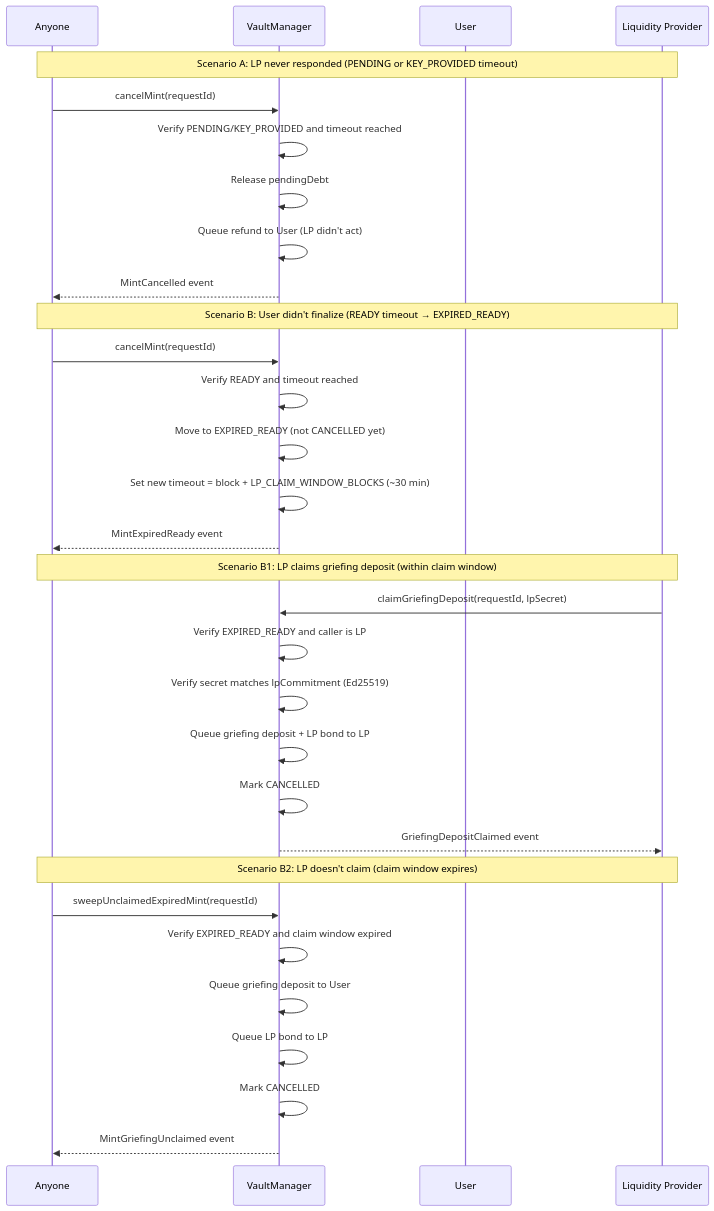
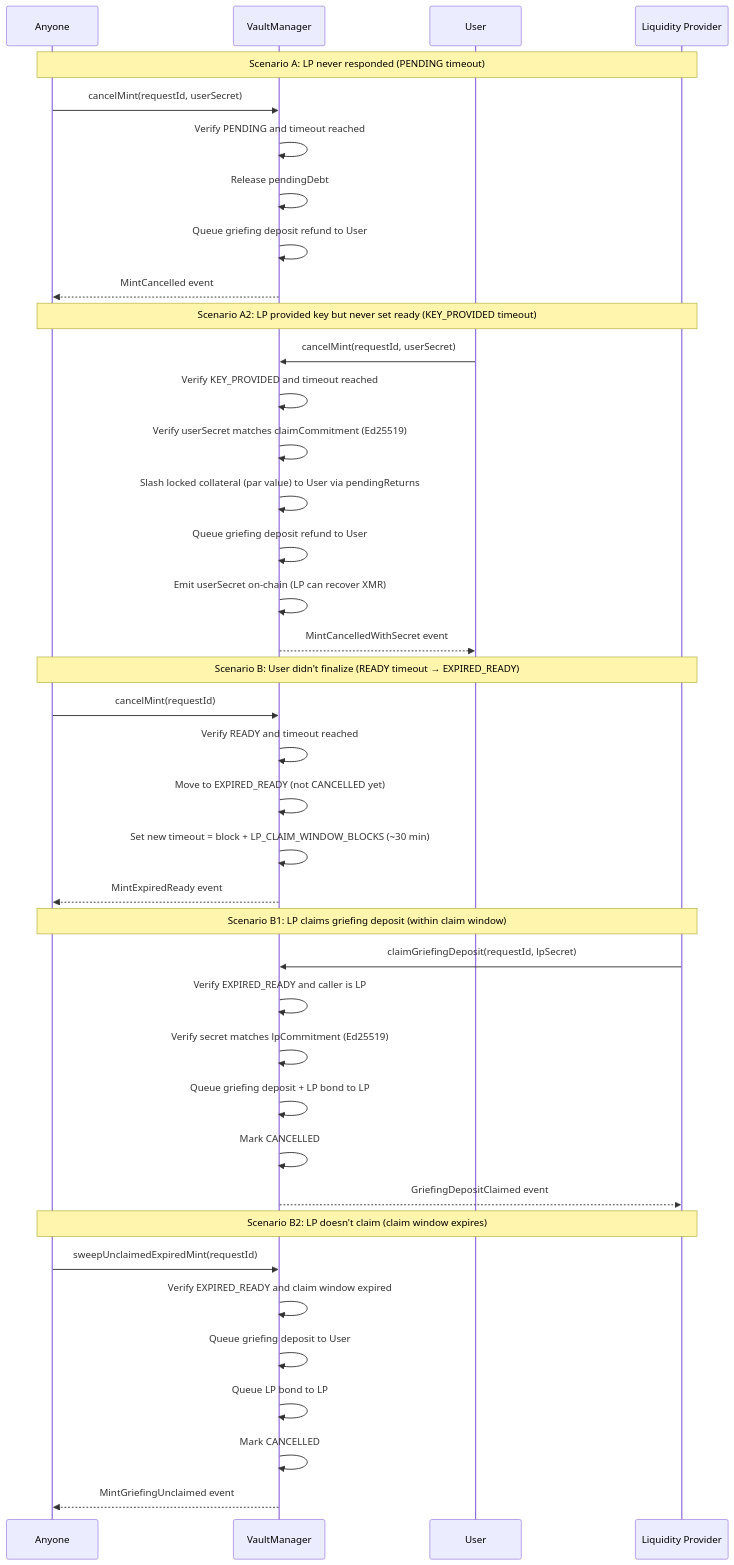
One commit to madschristensen99/wrapsynth changed the tenth of 27 diagrams in docs/sequenceDiagrams.md. Above: the diagram before and after it, drawn with Mermaid. The commit also changed other lines of this file and 66 other files, not shown here.

````diff
--- a/docs/sequenceDiagrams.md
+++ b/docs/sequenceDiagrams.md
@@ -489,37 +491,46 @@
 ```mermaid
 sequenceDiagram
     participant Anyone
     participant VM as VaultManager
     participant User
     participant LP as Liquidity Provider
 
-    Note over Anyone,LP: Scenario A: LP never responded (PENDING or KEY_PROVIDED timeout)
-    Anyone->>VM: cancelMint(requestId)
-    VM->>VM: Verify PENDING/KEY_PROVIDED and timeout reached
+    Note over Anyone,LP: Scenario A: LP never responded (PENDING timeout)
+    Anyone->>VM: cancelMint(requestId, userSecret)
+    VM->>VM: Verify PENDING and timeout reached
     VM->>VM: Release pendingDebt
-    VM->>VM: Queue refund to User (LP didn't act)
+    VM->>VM: Queue griefing deposit refund to User
     VM-->>Anyone: MintCancelled event
+
+    Note over Anyone,LP: Scenario A2: LP provided key but never set ready (KEY_PROVIDED timeout)
+    User->>VM: cancelMint(requestId, userSecret)
+    VM->>VM: Verify KEY_PROVIDED and timeout reached
+    VM->>VM: Verify userSecret matches claimCommitment (Ed25519)
+    VM->>VM: Slash locked collateral (par value) to User via pendingReturns
+    VM->>VM: Queue griefing deposit refund to User
+    VM->>VM: Emit userSecret on-chain (LP can recover XMR)
+    VM-->>User: MintCancelledWithSecret event
 
     Note over Anyone,LP: Scenario B: User didn't finalize (READY timeout → EXPIRED_READY)
     Anyone->>VM: cancelMint(requestId)
     VM->>VM: Verify READY and timeout reached
     VM->>VM: Move to EXPIRED_READY (not CANCELLED yet)
     VM->>VM: Set new timeout = block + LP_CLAIM_WINDOW_BLOCKS (~30 min)
     VM-->>Anyone: MintExpiredReady event
 
     Note over Anyone,LP: Scenario B1: LP claims griefing deposit (within claim window)
     LP->>VM: claimGriefingDeposit(requestId, lpSecret)
     VM->>VM: Verify EXPIRED_READY and caller is LP
     VM->>VM: Verify secret matches lpCommitment (Ed25519)
     VM->>VM: Queue griefing deposit + LP bond to LP
     VM->>VM: Mark CANCELLED
     VM-->>LP: GriefingDepositClaimed event
 
     Note over Anyone,LP: Scenario B2: LP doesn't claim (claim window expires)
     Anyone->>VM: sweepUnclaimedExpiredMint(requestId)
     VM->>VM: Verify EXPIRED_READY and claim window expired
     VM->>VM: Queue griefing deposit to User
     VM->>VM: Queue LP bond to LP
     VM->>VM: Mark CANCELLED
     VM-->>Anyone: MintGriefingUnclaimed event
 ```
````
